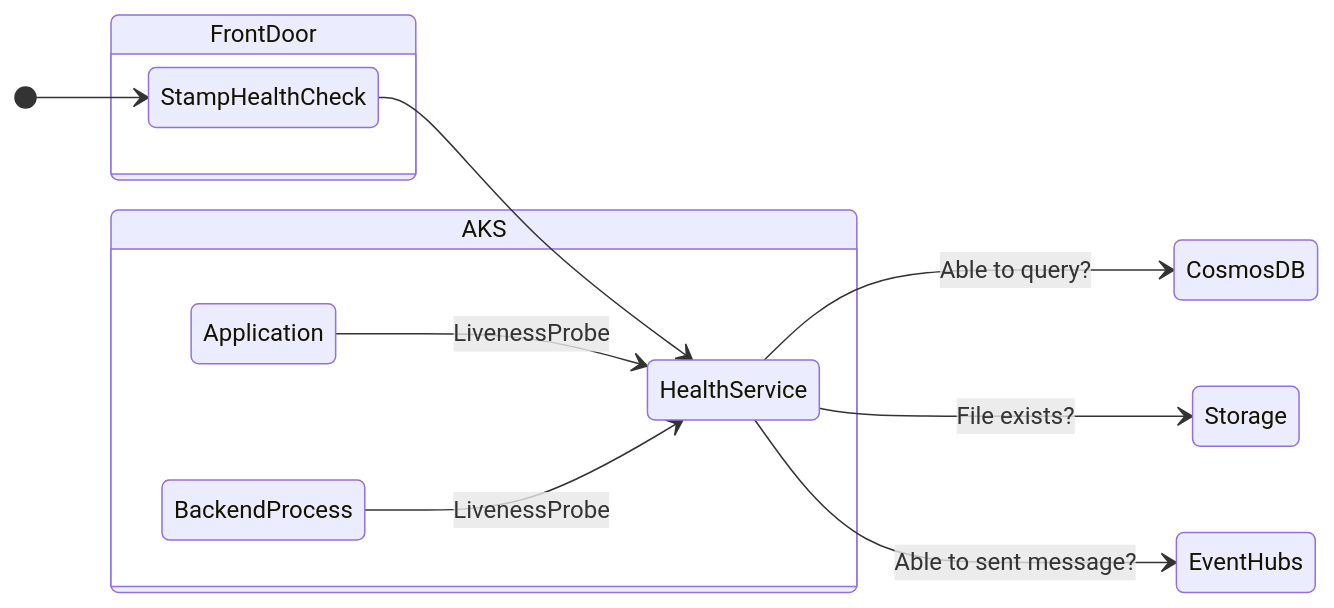
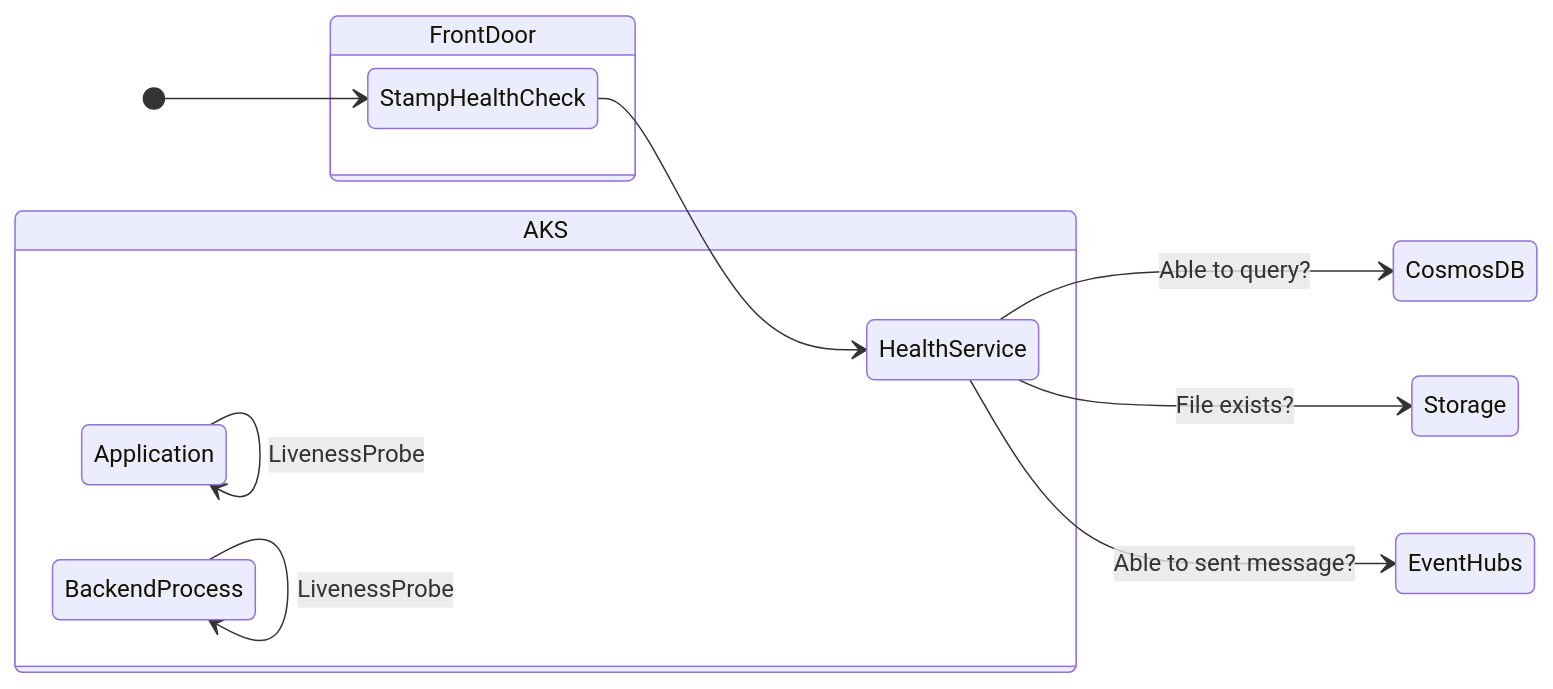
The diagram in src/app/AlwaysOn.HealthService/README.md (Azure/Mission-Critical-Online), drawn with Mermaid before and after one commit. The commit also changed other lines of this file, not shown here.

````diff
--- a/src/app/AlwaysOn.HealthService/README.md
+++ b/src/app/AlwaysOn.HealthService/README.md
@@ -7,17 +7,17 @@
 ```mermaid
 stateDiagram
     direction LR
     [*] --> StampHealthCheck
     state FrontDoor {
     StampHealthCheck --> HealthService
     }
+    state AKS {
+        direction RL
+        HealthService
+        Application --> Application: LivenessProbe
+        BackendProcess --> BackendProcess: LivenessProbe
+    }
     HealthService --> CosmosDB: Able to query?
     HealthService --> Storage: File exists?
     HealthService --> EventHubs: Able to sent message?
-    state AKS {
-        direction RL
-        Application --> HealthService: LivenessProbe
-        BackendProcess --> HealthService: LivenessProbe
-    }
-
 ```
````
